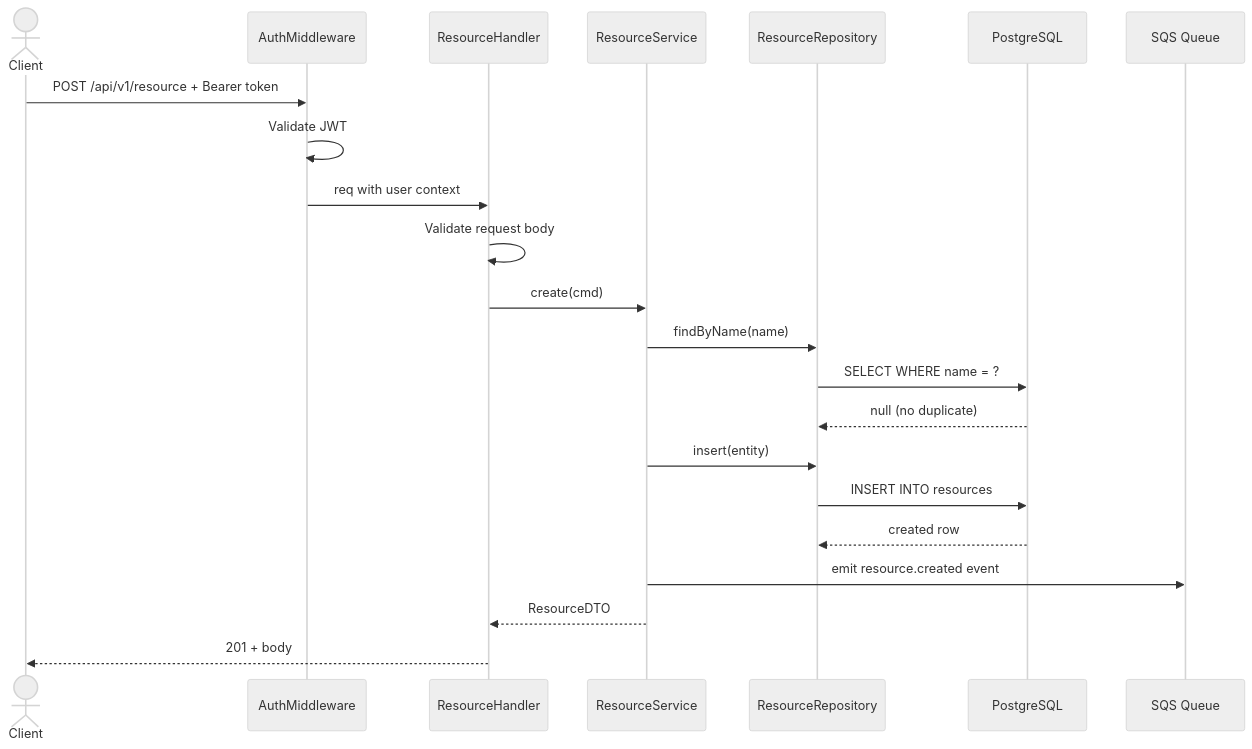
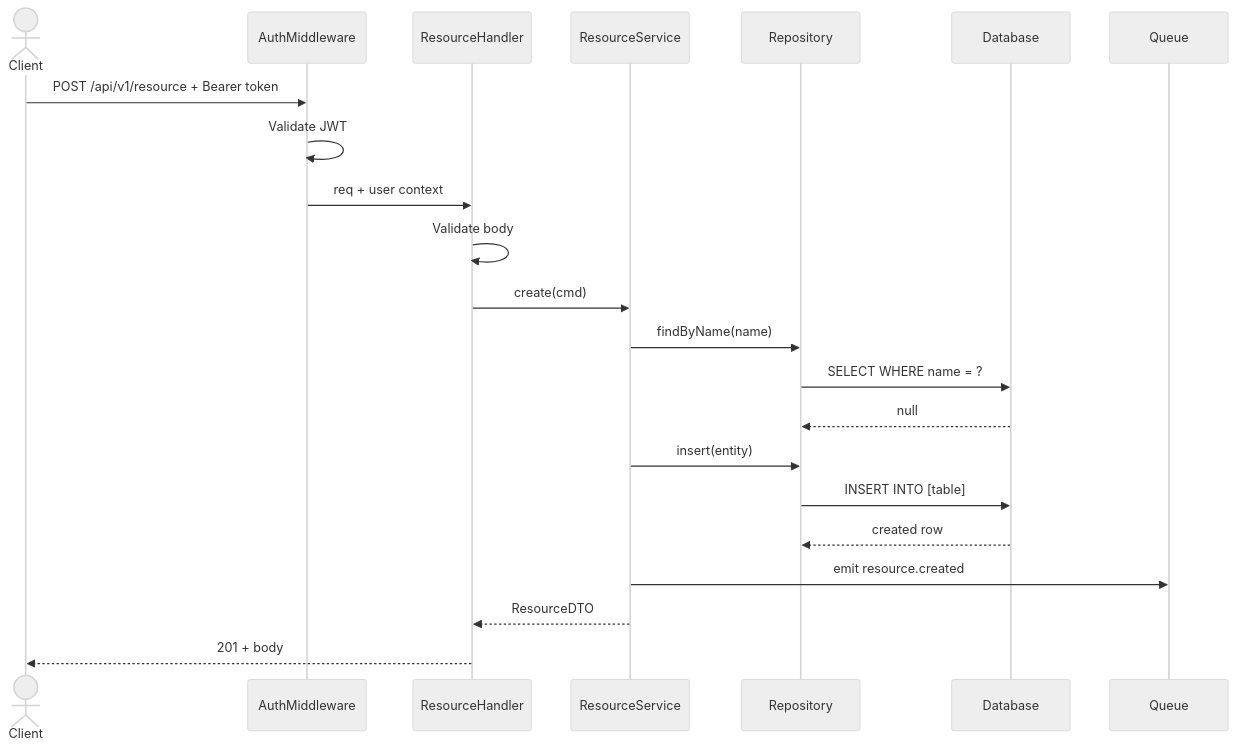
One commit to optimistengineer/claude-code-workflow changed the fifth of 6 diagrams in templates/onboard-template.md. Above: the diagram before and after it, drawn with Mermaid. The commit also changed other lines of this file and 2 other files, not shown here.

````diff
--- a/templates/onboard-template.md
+++ b/templates/onboard-template.md
@@ -253,26 +441,26 @@
 ```mermaid
 %%{init: {'theme': 'neutral'}}%%
 sequenceDiagram
     actor Client
-    participant Auth as AuthMiddleware
+    participant MW as AuthMiddleware
     participant H as ResourceHandler
     participant S as ResourceService
-    participant R as ResourceRepository
-    participant DB as PostgreSQL
-    participant Q as SQS Queue
+    participant R as Repository
+    participant DB as Database
+    participant Q as Queue
 
-    Client->>Auth: POST /api/v1/resource + Bearer token
-    Auth->>Auth: Validate JWT
-    Auth->>H: req with user context
-    H->>H: Validate request body
+    Client->>MW: POST /api/v1/resource + Bearer token
+    MW->>MW: Validate JWT
+    MW->>H: req + user context
+    H->>H: Validate body
     H->>S: create(cmd)
     S->>R: findByName(name)
     R->>DB: SELECT WHERE name = ?
-    DB-->>R: null (no duplicate)
+    DB-->>R: null
     S->>R: insert(entity)
-    R->>DB: INSERT INTO resources
+    R->>DB: INSERT INTO [table]
     DB-->>R: created row
-    S->>Q: emit resource.created event
+    S->>Q: emit resource.created
     S-->>H: ResourceDTO
     H-->>Client: 201 + body
 ```
````
